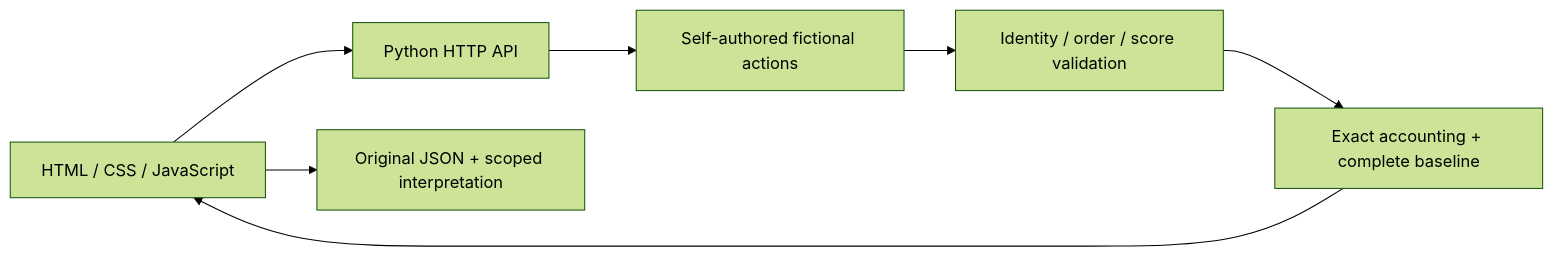
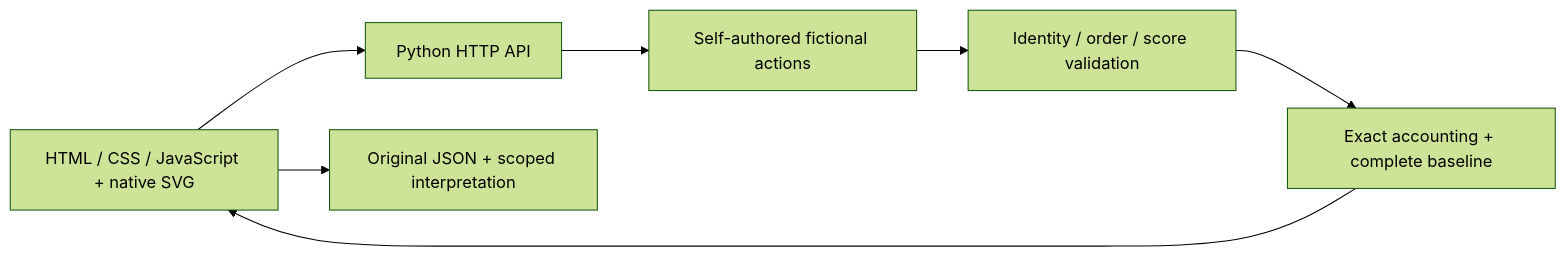
Before and after one commit to Qiao527/fil-match-intelligence: the diagram in README.md, drawn with Mermaid (forest theme). The commit also changed other lines of this file and 16 other files, not shown here.

````diff
--- a/README.md
+++ b/README.md
@@ -54,9 +57,9 @@
 ```mermaid
 flowchart LR
-  UI[HTML / CSS / JavaScript] --> API[Python HTTP API]
+  UI[HTML / CSS / JavaScript + native SVG] --> API[Python HTTP API]
   API --> DEMO[Self-authored fictional actions]
   DEMO --> CHECK[Identity / order / score validation]
   CHECK --> ENGINE[Exact accounting + complete baseline]
   ENGINE --> UI
   UI --> EVIDENCE[Original JSON + scoped interpretation]
 ```
````
